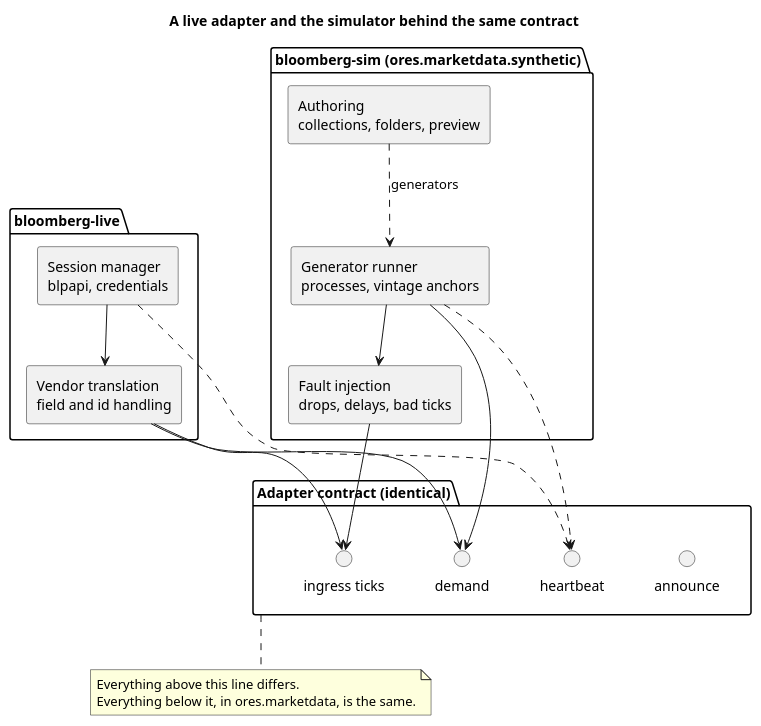
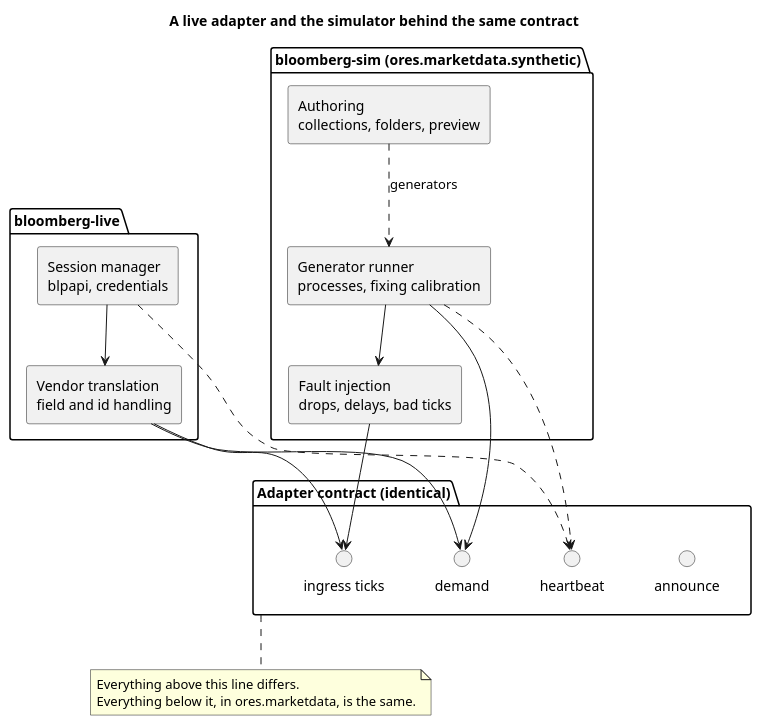
One commit to OreStudio/OreStudio changed the diagram in doc/knowledge/architecture/real_and_simulated_adapters.puml. Above: the diagram before and after it, drawn with PlantUML. The commit also changed 21 other files, not shown here.

First line of the commit message:
[docs] Describe the fixing path wherever a vintage was the source

```diff
--- a/doc/knowledge/architecture/real_and_simulated_adapters.puml
+++ b/doc/knowledge/architecture/real_and_simulated_adapters.puml
@@ -18,40 +18,40 @@
 @startuml
 
 title A live adapter and the simulator behind the same contract
 
 skinparam componentStyle rectangle
 
 package "Adapter contract (identical)" as contract {
     interface "announce" as i1
     interface "demand" as i2
     interface "ingress ticks" as i3
     interface "heartbeat" as i4
 }
 
 package "bloomberg-live" {
     component "Session manager\nblpapi, credentials" as sess
     component "Vendor translation\nfield and id handling" as tr
 }
 
 package "bloomberg-sim (ores.marketdata.synthetic)" {
-    component "Generator runner\nprocesses, vintage anchors" as gen
+    component "Generator runner\nprocesses, fixing calibration" as gen
     component "Fault injection\ndrops, delays, bad ticks" as fault
     component "Authoring\ncollections, folders, preview" as auth
 }
 
 sess --> tr
 tr --> i3
 tr --> i2
 gen --> fault
 fault --> i3
 gen --> i2
 auth ..> gen : generators
 sess ..> i4
 gen ..> i4
 
 note bottom of contract
   Everything above this line differs.
   Everything below it, in ores.marketdata, is the same.
 end note
 
 @enduml
```
